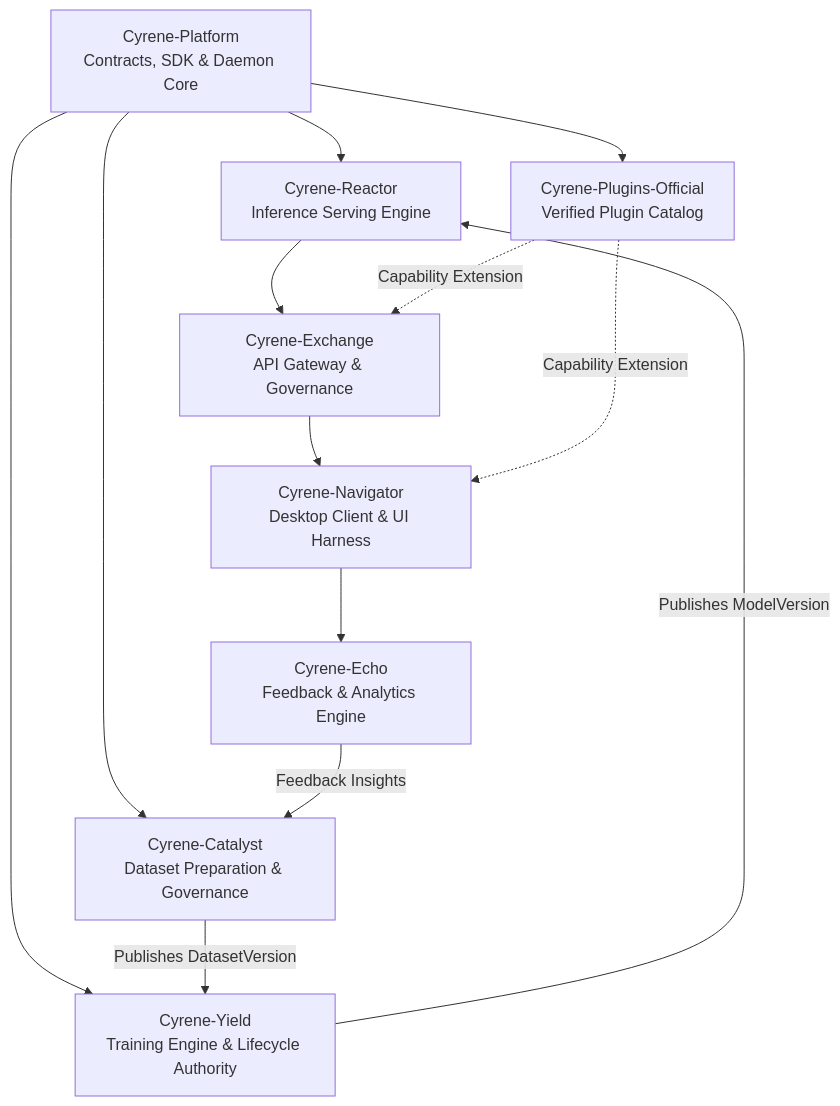
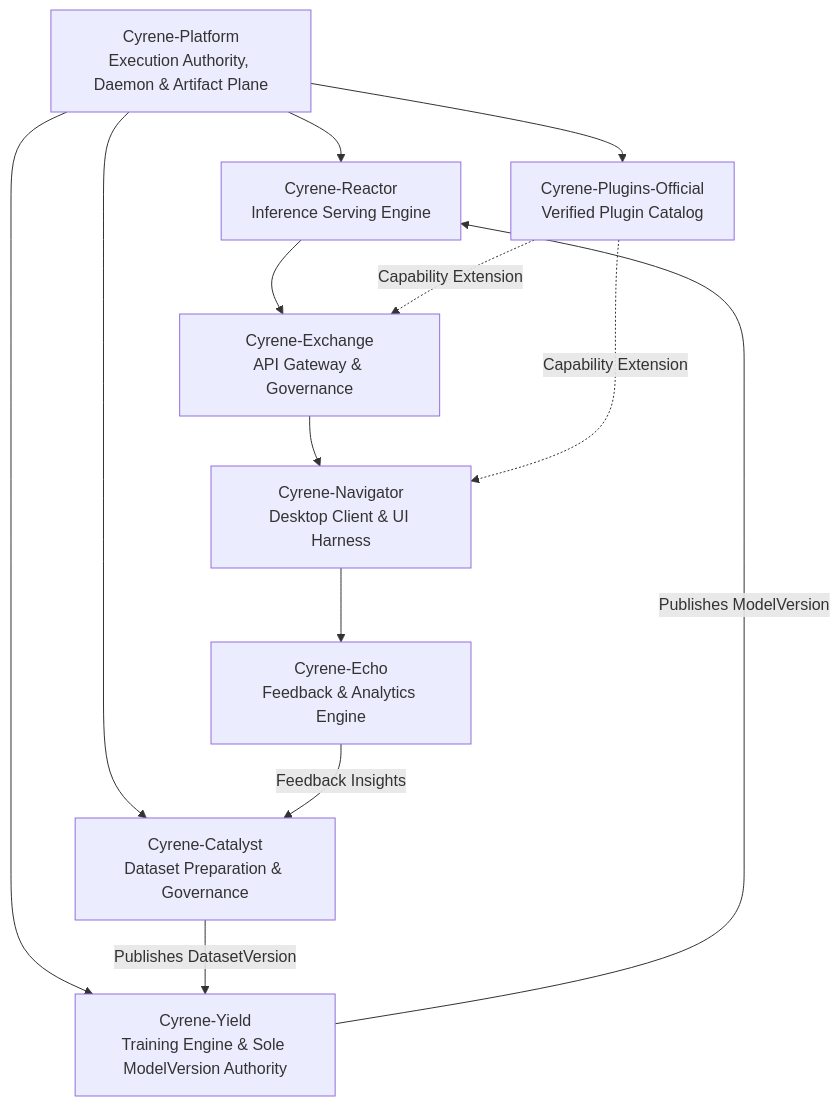
The diagram in docs/ARCHITECTURE.md (DoHorizon-AI/Cyrene-Workspace), drawn with Mermaid before and after one commit. The commit also changed other lines of this file and 1 other file, not shown here.

Commit message:
docs: clarify plugin.manifest.json, execution authority, and Yield ModelVersion ownership

````diff
--- a/docs/ARCHITECTURE.md
+++ b/docs/ARCHITECTURE.md
@@ -8,18 +8,18 @@
 ```mermaid
 graph TD
-    Platform[Cyrene-Platform<br/>Contracts, SDK & Daemon Core] --> Reactor[Cyrene-Reactor<br/>Inference Serving Engine]
-    Platform --> Yield[Cyrene-Yield<br/>Training Engine & Lifecycle Authority]
+    Platform[Cyrene-Platform<br/>Execution Authority, Daemon & Artifact Plane] --> Reactor[Cyrene-Reactor<br/>Inference Serving Engine]
+    Platform --> Yield[Cyrene-Yield<br/>Training Engine & Sole ModelVersion Authority]
     Platform --> Catalyst[Cyrene-Catalyst<br/>Dataset Preparation & Governance]
     
     Yield -->|Publishes ModelVersion| Reactor
     Catalyst -->|Publishes DatasetVersion| Yield
     
     Reactor --> Exchange[Cyrene-Exchange<br/>API Gateway & Governance]
     Exchange --> Navigator[Cyrene-Navigator<br/>Desktop Client & UI Harness]
     Navigator --> Echo[Cyrene-Echo<br/>Feedback & Analytics Engine]
     Echo -->|Feedback Insights| Catalyst
     
     Platform --> Plugins[Cyrene-Plugins-Official<br/>Verified Plugin Catalog]
     Plugins -.->|Capability Extension| Navigator
     Plugins -.->|Capability Extension| Exchange
 ```
````
